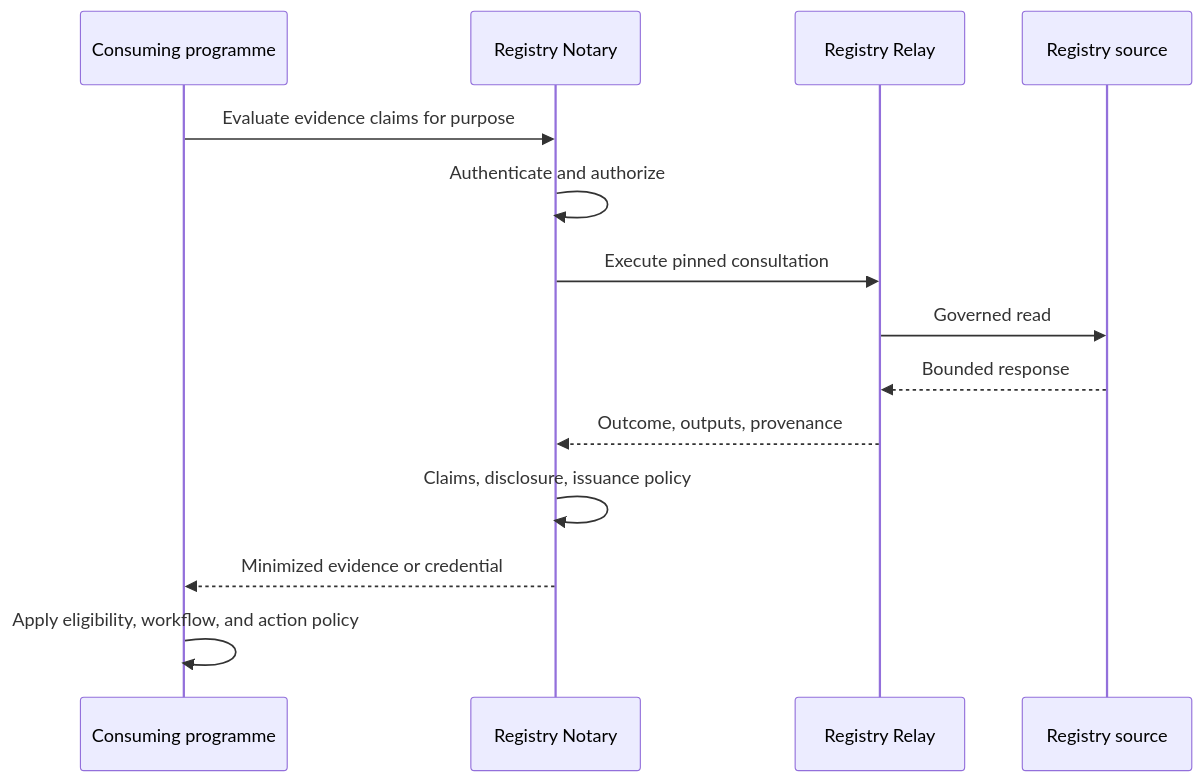
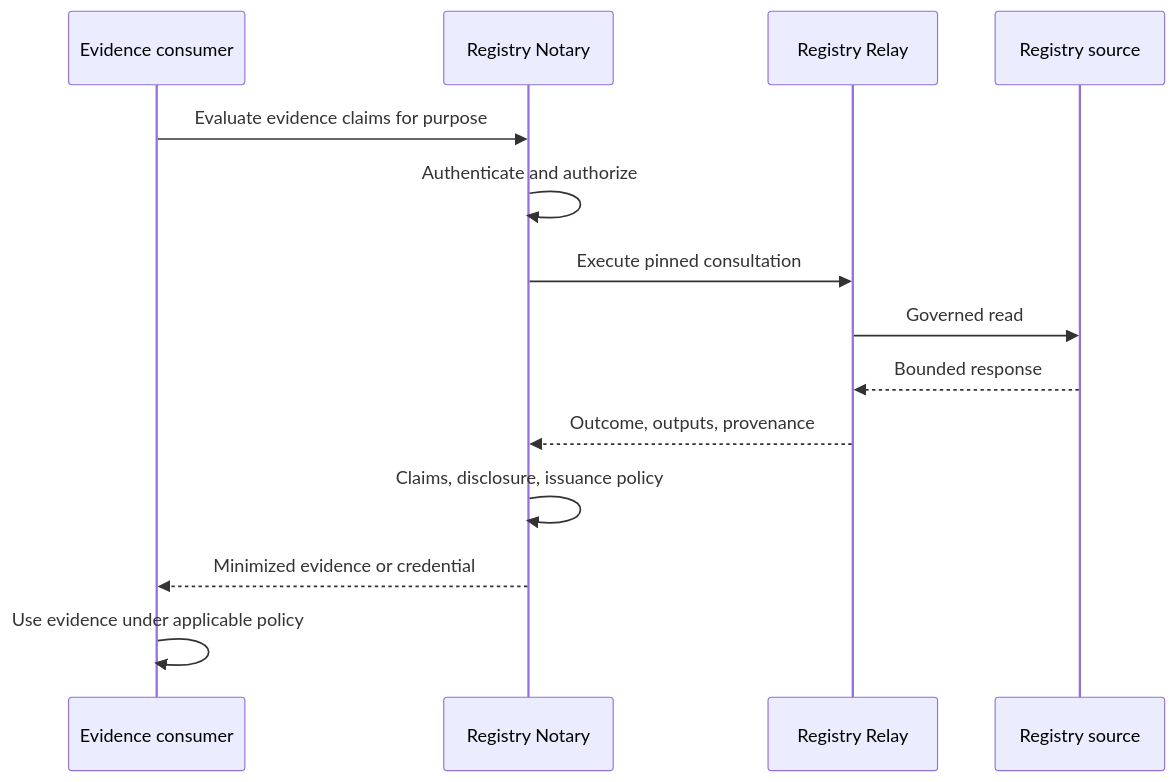
Before and after one commit to registrystack/registry-stack: the first of 3 diagrams in products/notary/docs/notary-scenario-patterns.md, drawn with Mermaid. The commit also changed other lines of this file and 23 other files, not shown here.

Commit message:
docs: generalize evidence consumer terminology

````diff
--- a/products/notary/docs/notary-scenario-patterns.md
+++ b/products/notary/docs/notary-scenario-patterns.md
@@ -5,17 +5,17 @@
 ```mermaid
 sequenceDiagram
-  participant Programme as Consuming programme
+  participant Consumer as Evidence consumer
   participant Notary as Registry Notary
   participant Relay as Registry Relay
   participant Source as Registry source
 
-  Programme->>Notary: Evaluate evidence claims for purpose
+  Consumer->>Notary: Evaluate evidence claims for purpose
   Notary->>Notary: Authenticate and authorize
   Notary->>Relay: Execute pinned consultation
   Relay->>Source: Governed read
   Source-->>Relay: Bounded response
   Relay-->>Notary: Outcome, outputs, provenance
   Notary->>Notary: Claims, disclosure, issuance policy
-  Notary-->>Programme: Minimized evidence or credential
-  Programme->>Programme: Apply eligibility, workflow, and action policy
+  Notary-->>Consumer: Minimized evidence or credential
+  Consumer->>Consumer: Use evidence under applicable policy
 ```
````
